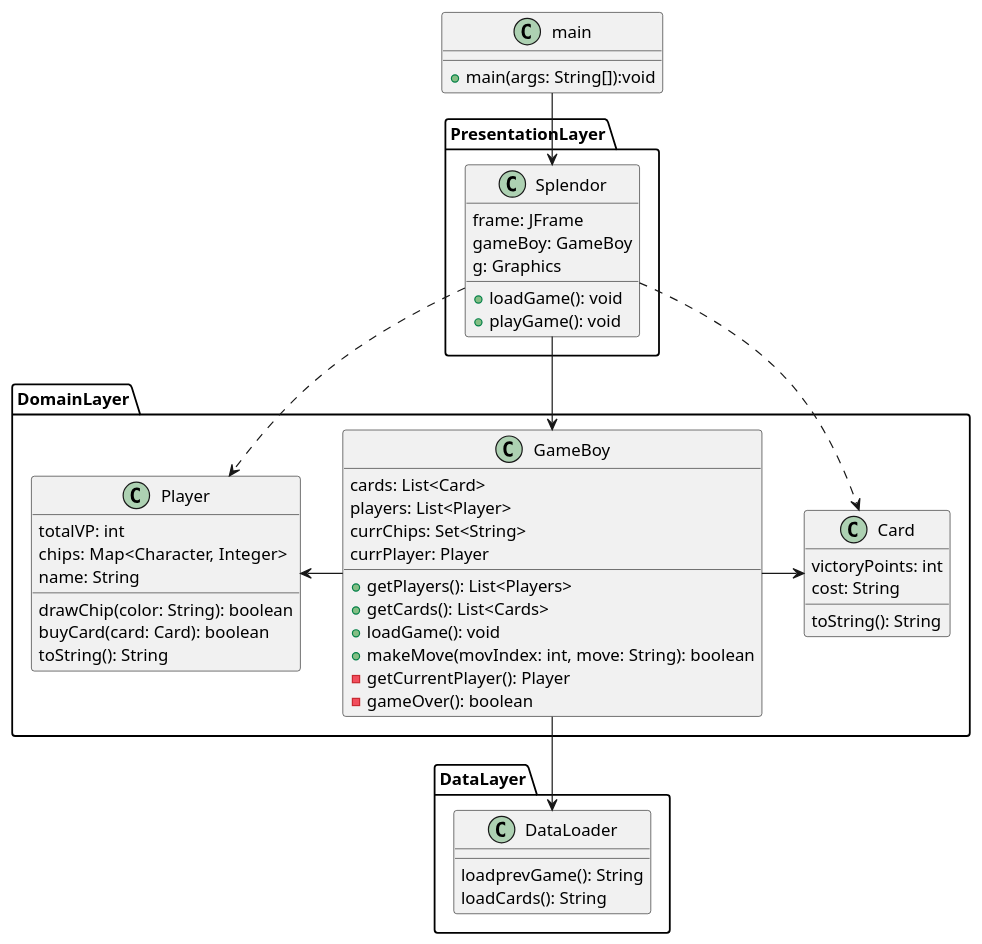
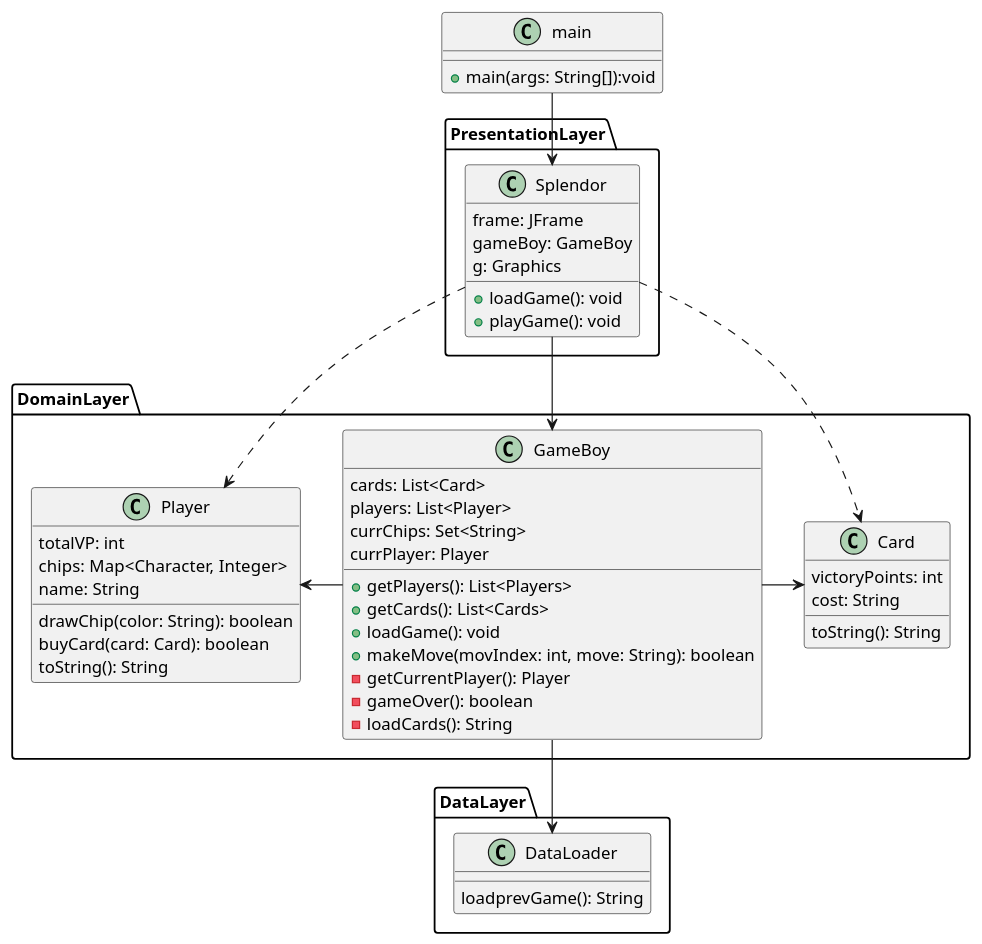
One commit to pjc0210/csse374-hw2 changed the diagram in src/UMLDiagram-new.puml. Above: the diagram before and after it, drawn with PlantUML. The commit also changed 9 other files, not shown here.

```diff
--- a/src/UMLDiagram-new.puml
+++ b/src/UMLDiagram-new.puml
@@ -1,68 +1,68 @@
 @startuml
 
 class main{
 +main(args: String[]):void
 }
 
 package PresentationLayer{
   class Splendor{
     frame: JFrame
     gameBoy: GameBoy
     g: Graphics
 
     +loadGame(): void
     +playGame(): void
   }
 }
 
 package DomainLayer{
   class GameBoy{
     cards: List<Card>
     players: List<Player>
     currChips: Set<String>
     currPlayer: Player
     +getPlayers(): List<Players>
     +getCards(): List<Cards>
     +loadGame(): void
     +makeMove(movIndex: int, move: String): boolean
     -getCurrentPlayer(): Player
     -gameOver(): boolean
+    -loadCards(): String
   }
 
   class Card{
     victoryPoints: int
     cost: String
     toString(): String
   }
 
   class Player{
     totalVP: int
     chips: Map<Character, Integer>
     name: String
     drawChip(color: String): boolean
     buyCard(card: Card): boolean
     toString(): String
   }
 }
 package DataLayer{
   class DataLoader{
    loadprevGame(): String
-   loadCards(): String
   }
 }
 
 main --> Splendor
 
 Splendor --> GameBoy
 
 Splendor ..> Card
 
 Splendor ..> Player
 
 GameBoy --> DataLoader
 
 GameBoy -r-> Card
 
 GameBoy -l-> Player
 
 @enduml
```
